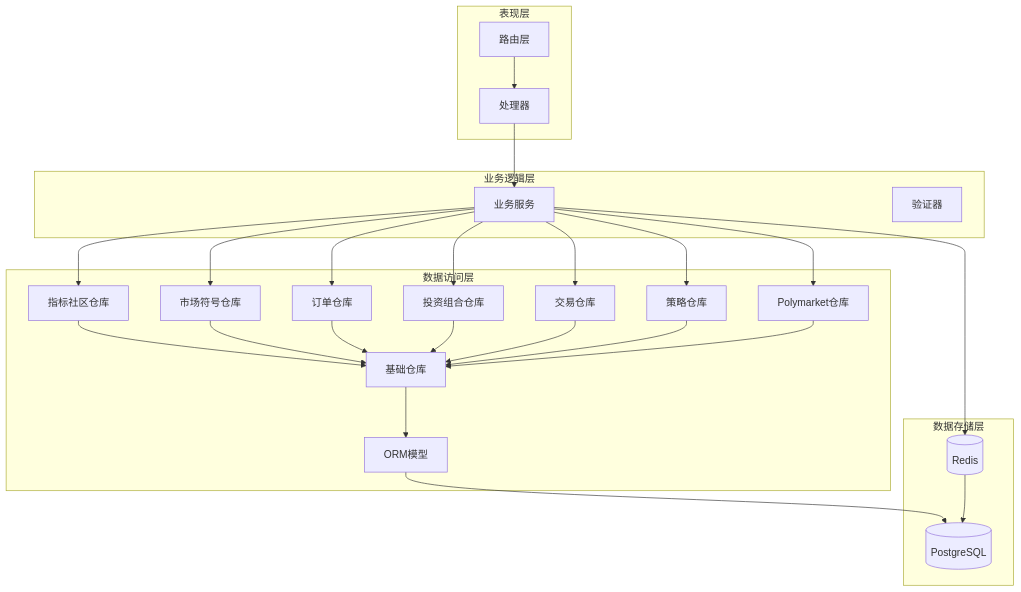
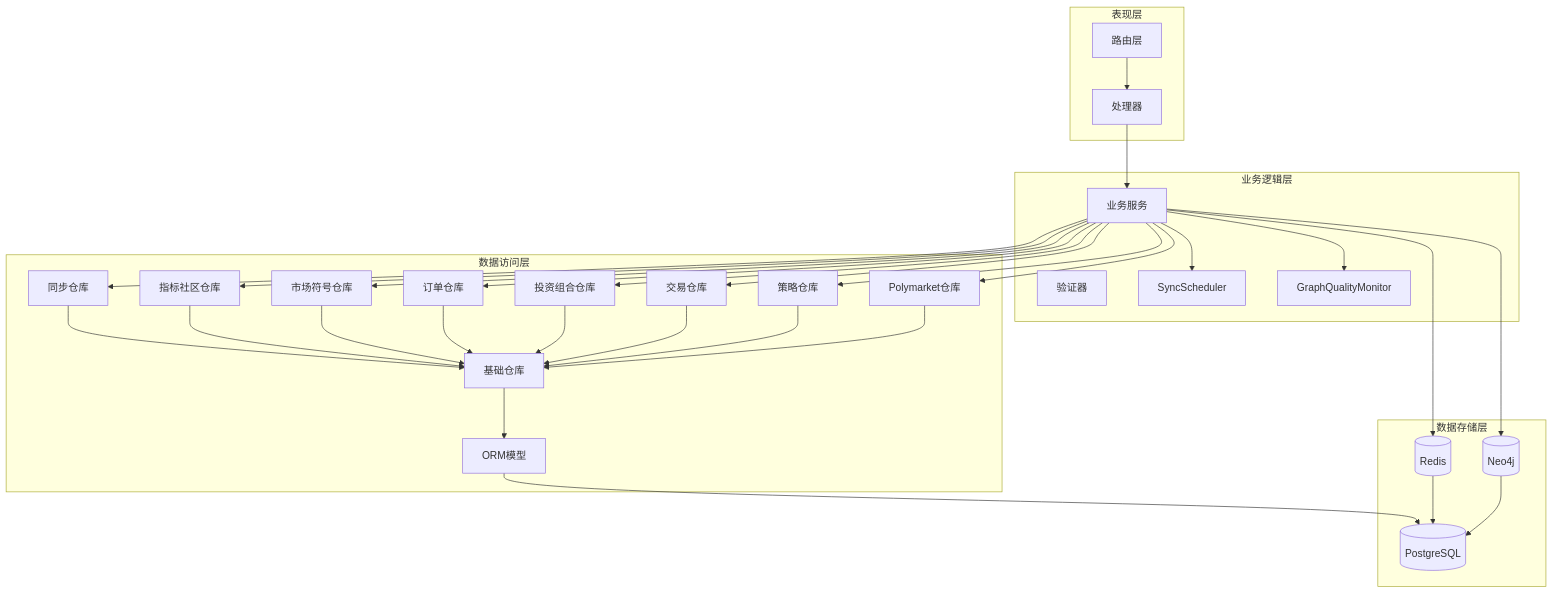
One commit to joezxh/QuantDinger changed the second of 18 diagrams in .qoder/repowiki/zh/content/核心功能模块/数据库现代化与ORM架构.md. Above: the diagram before and after it, drawn with Mermaid. The commit also changed other lines of this file and 71 other files, not shown here.

````diff
--- a/.qoder/repowiki/zh/content/核心功能模块/数据库现代化与ORM架构.md
+++ b/.qoder/repowiki/zh/content/核心功能模块/数据库现代化与ORM架构.md
@@ -171,46 +169,56 @@
 ```mermaid
 graph TD
 subgraph "表现层"
 Routes[路由层]
 Handlers[处理器]
 end
 subgraph "业务逻辑层"
 Business[业务服务]
 Validators[验证器]
+Scheduler[SyncScheduler]
+QualityMonitor[GraphQualityMonitor]
 end
 subgraph "数据访问层"
+SyncRepo[同步仓库]
 IndicatorRepo[指标社区仓库]
 MarketRepo[市场符号仓库]
 OrderRepo[订单仓库]
 PortfolioRepo[投资组合仓库]
 TradeRepo[交易仓库]
 StrategyRepo[策略仓库]
 PolymarketRepo[Polymarket仓库]
 BaseRepo[基础仓库]
 Model[ORM模型]
 end
 subgraph "数据存储层"
 DB[(PostgreSQL)]
 Cache[(Redis)]
+GraphDB[(Neo4j)]
 end
 Routes --> Handlers
 Handlers --> Business
+Business --> SyncRepo
 Business --> IndicatorRepo
 Business --> MarketRepo
 Business --> OrderRepo
 Business --> PortfolioRepo
 Business --> TradeRepo
 Business --> StrategyRepo
 Business --> PolymarketRepo
+Business --> Scheduler
+Business --> QualityMonitor
+SyncRepo --> BaseRepo
 IndicatorRepo --> BaseRepo
 MarketRepo --> BaseRepo
 OrderRepo --> BaseRepo
 PortfolioRepo --> BaseRepo
 TradeRepo --> BaseRepo
 StrategyRepo --> BaseRepo
 PolymarketRepo --> BaseRepo
 BaseRepo --> Model
 Model --> DB
 Business --> Cache
 Cache --> DB
+Business --> GraphDB
+GraphDB --> DB
 ```
````
